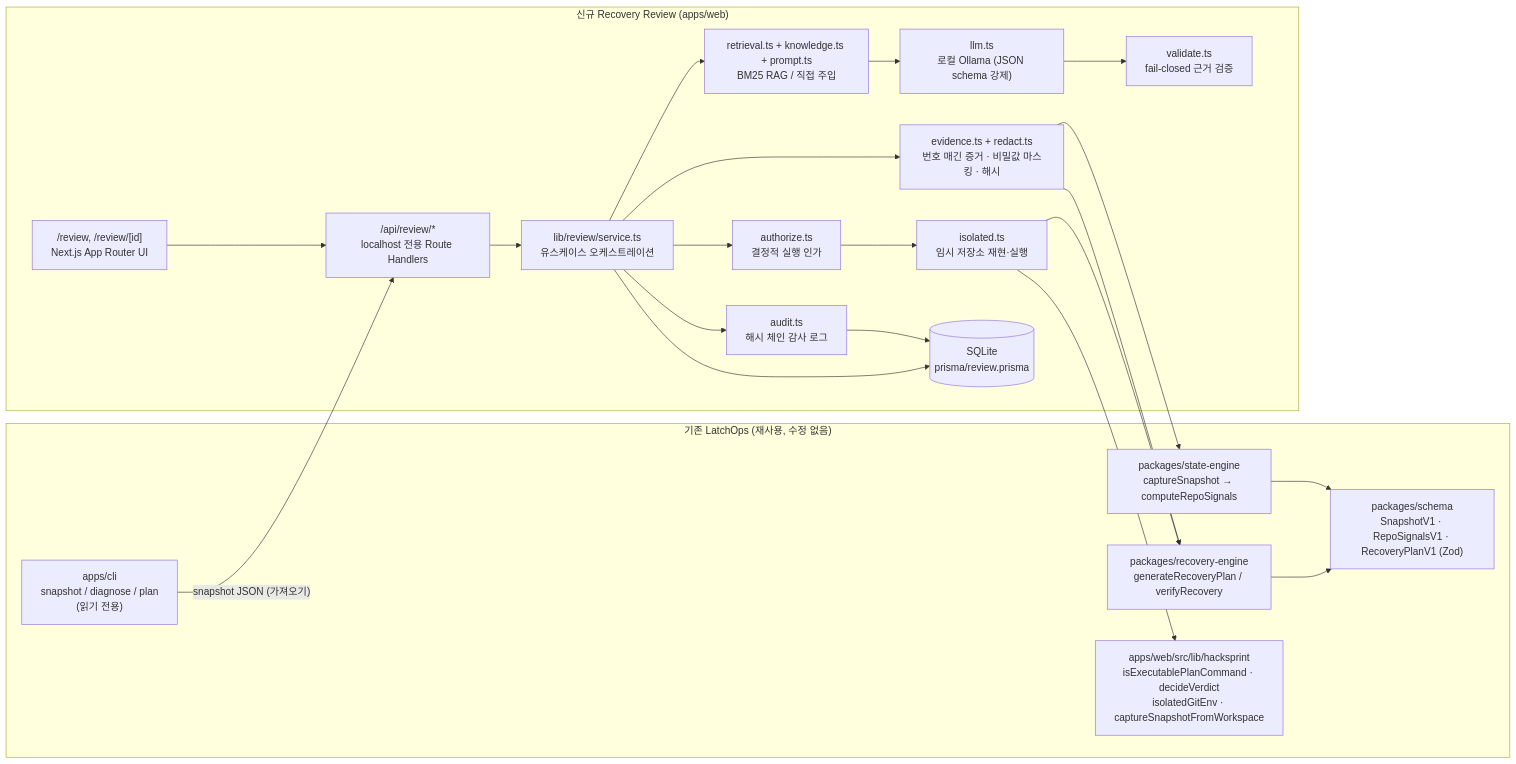
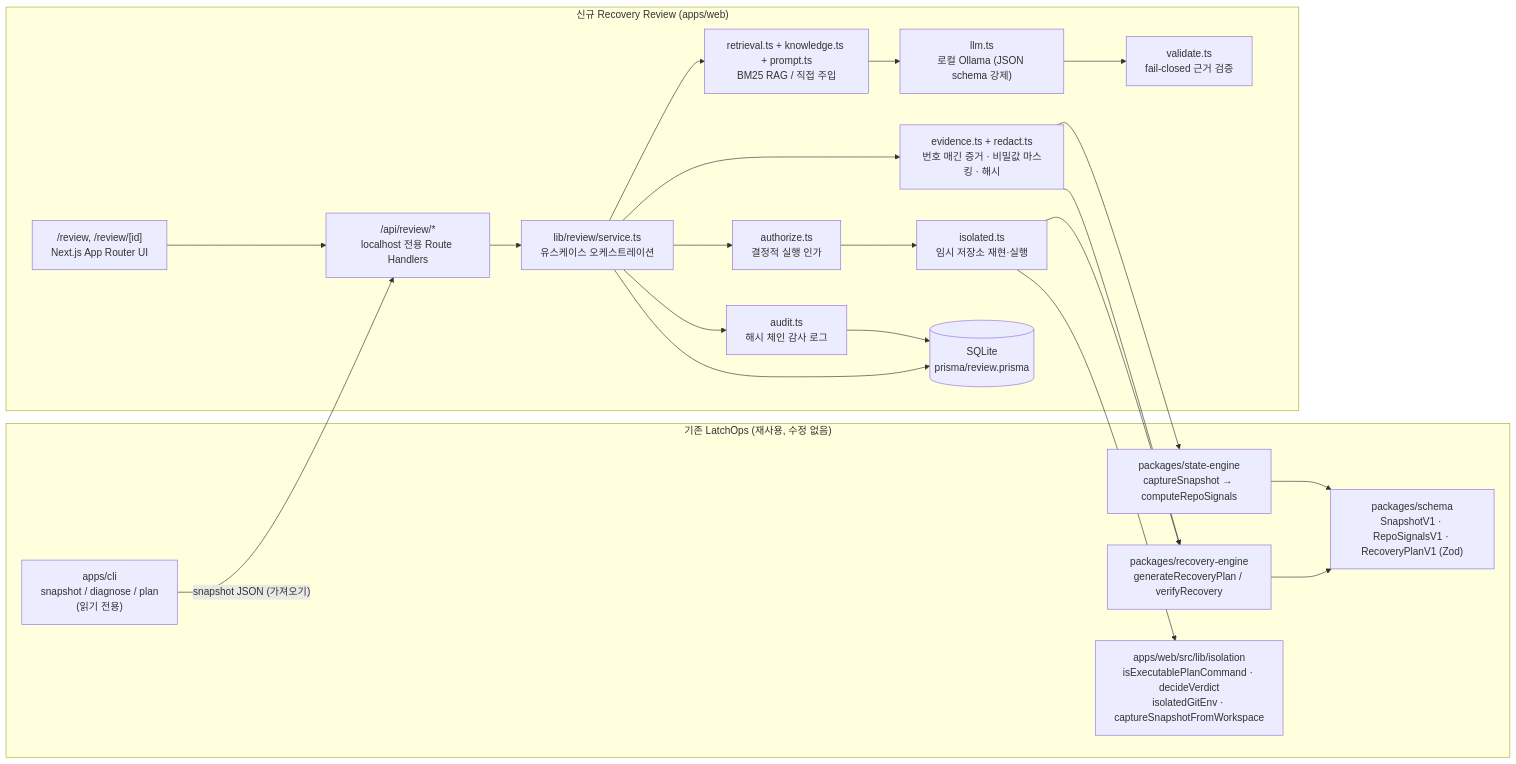
The first of 5 diagrams in docs/submission/ARCHITECTURE.md (azizbekdevuz/LatchOps), drawn with Mermaid before and after one commit. The commit also changed 6 other files, not shown here.

````diff
--- a/docs/submission/ARCHITECTURE.md
+++ b/docs/submission/ARCHITECTURE.md
@@ -8,36 +8,36 @@
 ```mermaid
 flowchart LR
   subgraph Existing["기존 LatchOps (재사용, 수정 없음)"]
     CLI["apps/cli<br/>snapshot / diagnose / plan<br/>(읽기 전용)"]
     SE["packages/state-engine<br/>captureSnapshot → computeRepoSignals"]
     RE["packages/recovery-engine<br/>generateRecoveryPlan / verifyRecovery"]
     SC["packages/schema<br/>SnapshotV1 · RepoSignalsV1 · RecoveryPlanV1 (Zod)"]
-    HS["apps/web/src/lib/hacksprint<br/>isExecutablePlanCommand · decideVerdict<br/>isolatedGitEnv · captureSnapshotFromWorkspace"]
+    HS["apps/web/src/lib/isolation<br/>isExecutablePlanCommand · decideVerdict<br/>isolatedGitEnv · captureSnapshotFromWorkspace"]
   end
 
   subgraph New["신규 Recovery Review (apps/web)"]
     UI["/review, /review/[id]<br/>Next.js App Router UI"]
     API["/api/review/*<br/>localhost 전용 Route Handlers"]
     SVC["lib/review/service.ts<br/>유스케이스 오케스트레이션"]
     EV["evidence.ts + redact.ts<br/>번호 매긴 증거 · 비밀값 마스킹 · 해시"]
     RAG["retrieval.ts + knowledge.ts + prompt.ts<br/>BM25 RAG / 직접 주입"]
     LLM["llm.ts<br/>로컬 Ollama (JSON schema 강제)"]
     VAL["validate.ts<br/>fail-closed 근거 검증"]
     AUTH["authorize.ts<br/>결정적 실행 인가"]
     ISO["isolated.ts<br/>임시 저장소 재현·실행"]
     AUD["audit.ts<br/>해시 체인 감사 로그"]
     DB[("SQLite<br/>prisma/review.prisma")]
   end
 
   CLI -- "snapshot JSON (가져오기)" --> API
   UI --> API --> SVC
   SVC --> EV
   EV --> SE & RE
   SVC --> RAG --> LLM --> VAL
   SVC --> AUTH --> ISO
   ISO --> HS
   ISO --> RE
   SVC --> AUD --> DB
   SVC --> DB
   SE & RE --> SC
 ```
````
